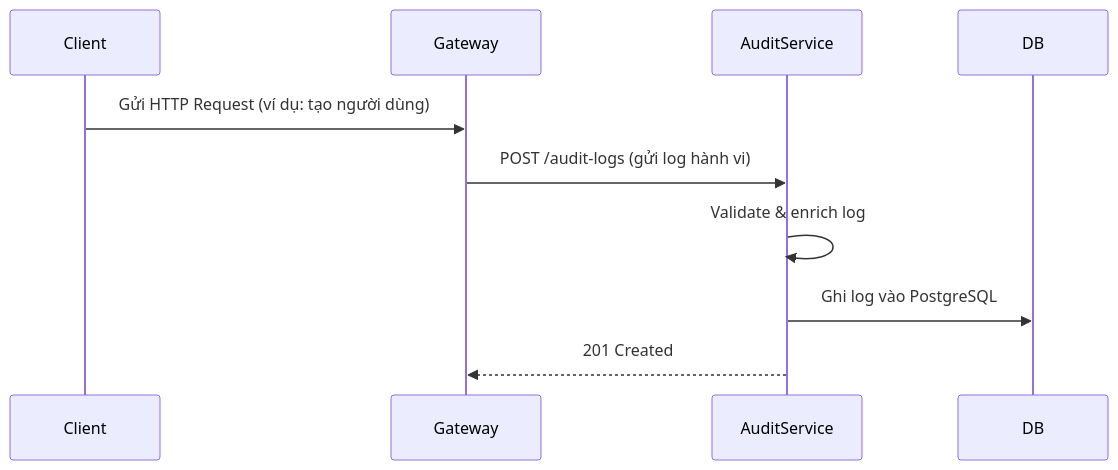
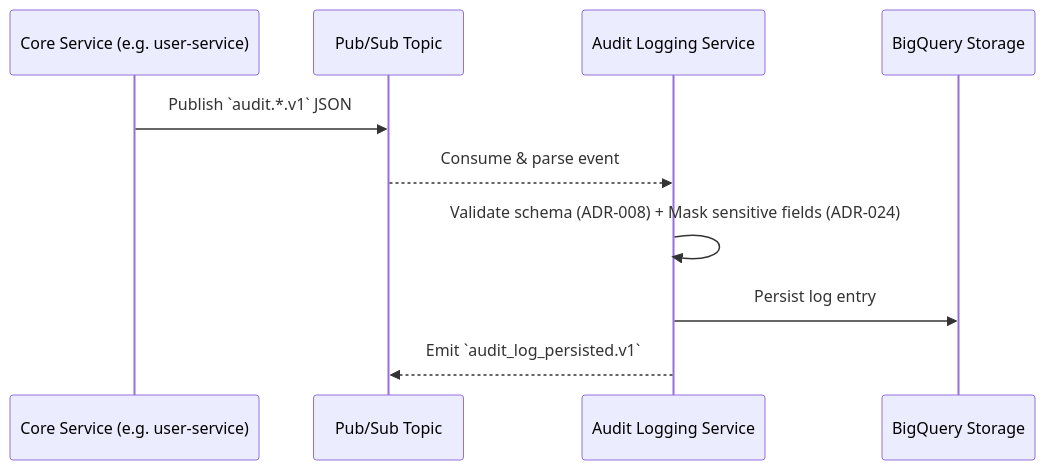
Before and after one commit to ezdesign-vn/dx-vas: the second of 5 diagrams in docs/services/audit-logging-service/design.md, drawn with Mermaid. The commit also changed other lines of this file and 3 other files, not shown here.

Commit message:
init audit logging service

````diff
--- a/docs/services/audit-logging-service/design.md
+++ b/docs/services/audit-logging-service/design.md
@@ -137,13 +212,13 @@
 ```mermaid
 sequenceDiagram
-    participant Client
-    participant Gateway
-    participant AuditService
-    participant DB
+  participant ServiceX as Core Service (e.g. user-service)
+  participant PubSub as Pub/Sub Topic
+  participant ALS as Audit Logging Service
+  participant DB as BigQuery Storage
 
-    Client->>Gateway: Gửi HTTP Request (ví dụ: tạo người dùng)
-    Gateway->>AuditService: POST /audit-logs (gửi log hành vi)
-    AuditService->>AuditService: Validate & enrich log
-    AuditService->>DB: Ghi log vào PostgreSQL
-    AuditService-->>Gateway: 201 Created
+  ServiceX->>PubSub: Publish `audit.*.v1` JSON
+  PubSub-->>ALS: Consume & parse event
+  ALS->>ALS: Validate schema (ADR-008) + Mask sensitive fields (ADR-024)
+  ALS->>DB: Persist log entry
+  ALS-->>PubSub: Emit `audit_log_persisted.v1`
 ```
````
